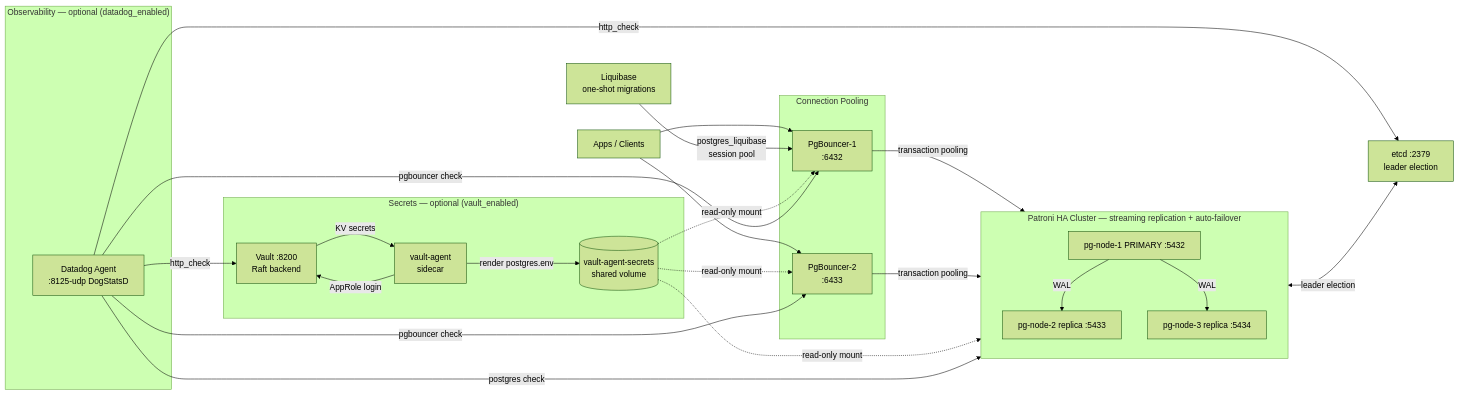
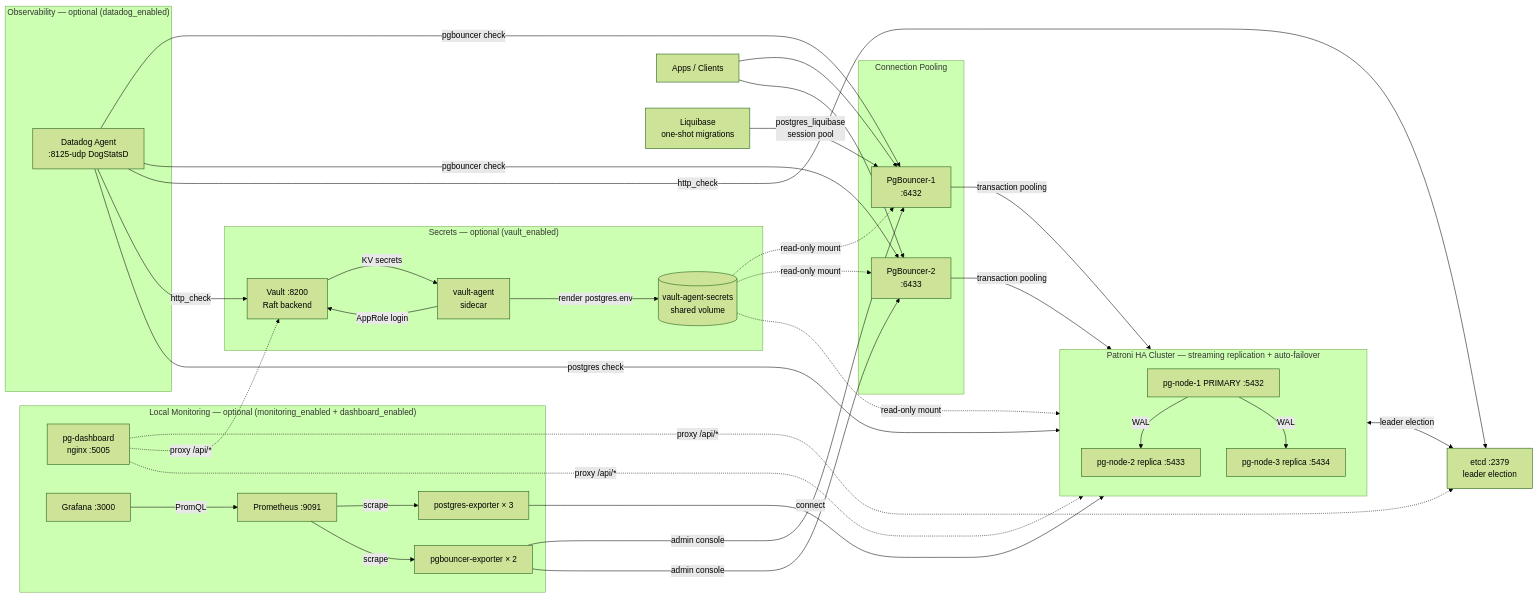
One commit to venkatajangala/terraform-docker-container-postgres changed the diagram in CLAUDE.md. Above: the diagram before and after it, drawn with Mermaid (forest theme). The commit also changed other lines of this file and 21 other files, not shown here.

First line of the commit message:
feat: add local monitoring stack (Prometheus + Grafana + nginx dashboard)

````diff
--- a/CLAUDE.md
+++ b/CLAUDE.md
@@ -92,42 +113,55 @@
 ```mermaid
 graph LR
     APP["Apps / Clients"]
 
     subgraph POOL["Connection Pooling"]
         PGB1["PgBouncer-1\n:6432"]
         PGB2["PgBouncer-2\n:6433"]
     end
 
     subgraph PGHA["Patroni HA Cluster — streaming replication + auto-failover"]
         PG1["pg-node-1 PRIMARY :5432"]
         PG2["pg-node-2 replica  :5433"]
         PG3["pg-node-3 replica  :5434"]
     end
 
     ETCD["etcd :2379\nleader election"]
     LB["Liquibase\none-shot migrations"]
 
     subgraph SECRETS["Secrets — optional (vault_enabled)"]
         VAULT["Vault :8200\nRaft backend"]
         AGENT["vault-agent\nsidecar"]
         SVOL[("vault-agent-secrets\nshared volume")]
     end
 
     subgraph OBS["Observability — optional (datadog_enabled)"]
         DD["Datadog Agent\n:8125-udp DogStatsD"]
     end
 
+    subgraph MON["Local Monitoring — optional (monitoring_enabled + dashboard_enabled)"]
+        DASH["pg-dashboard\nnginx :5005"]
+        PROM["Prometheus :9091"]
+        GRAF["Grafana :3000"]
+        PGE["postgres-exporter × 3"]
+        PGBE["pgbouncer-exporter × 2"]
+    end
+
     APP --> PGB1 & PGB2
     PGB1 & PGB2 -->|transaction pooling| PGHA
     PG1 -->|WAL| PG2 & PG3
     PGHA <-->|leader election| ETCD
     LB -->|postgres_liquibase\nsession pool| PGB1
     AGENT -->|AppRole login| VAULT
     VAULT -->|KV secrets| AGENT
     AGENT -->|render postgres.env| SVOL
     SVOL -. "read-only mount" .-> PGHA
     SVOL -. "read-only mount" .-> PGB1 & PGB2
     DD -->|postgres check| PGHA
     DD -->|pgbouncer check| PGB1 & PGB2
     DD -->|http_check| ETCD & VAULT
+    PGE -->|connect| PGHA
+    PGBE -->|admin console| PGB1 & PGB2
+    PROM -->|scrape| PGE & PGBE
+    GRAF -->|PromQL| PROM
+    DASH -. "proxy /api/*" .-> PGHA & ETCD & VAULT
 ```
````
